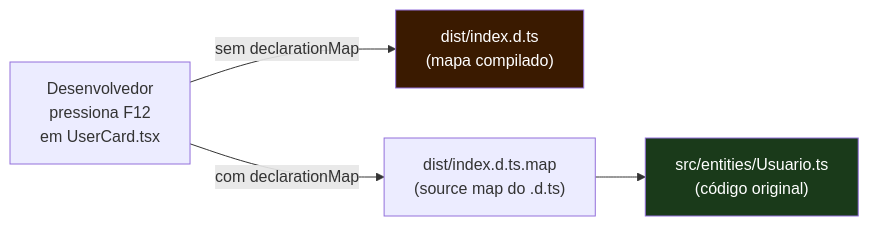
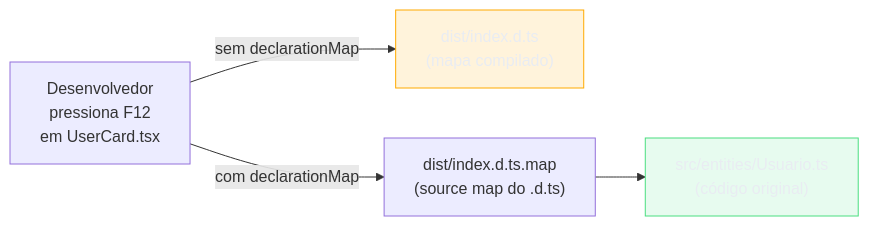
Before and after one commit to josenaldo/codex-technomanticus: the sixth of 6 diagrams in 03-Dominios/Tecnologia/TypeScript/22 - Declaration files (.d.ts) e o ecossistema de tipos.md, drawn with Mermaid. The commit also changed other lines of this file and 1181 other files, not shown here.

First line of the commit message:
fix(diagramas): paleta do sistema no lugar de cor cravada no markdown

````diff
--- a/03-Dominios/Tecnologia/TypeScript/22 - Declaration files (.d.ts) e o ecossistema de tipos.md
+++ b/03-Dominios/Tecnologia/TypeScript/22 - Declaration files (.d.ts) e o ecossistema de tipos.md
@@ -660,13 +667,15 @@
 ```mermaid
 flowchart LR
+    classDef ok fill:#4ADE8021,stroke:#4ADE80,color:#E9ECF2
+    classDef destaque fill:#FFAA0024,stroke:#FFAA00,color:#E9ECF2
     DEV["Desenvolvedor\npressiona F12\nem UserCard.tsx"]
     DTS["dist/index.d.ts\n(mapa compilado)"]
     MAP["dist/index.d.ts.map\n(source map do .d.ts)"]
     SRC["src/entities/Usuario.ts\n(código original)"]
 
     DEV -->|"sem declarationMap"| DTS
     DEV -->|"com declarationMap"| MAP --> SRC
 
-    style SRC fill:#1a3a1a,color:#fff
-    style DTS fill:#3a1a00,color:#fff
+    class SRC ok
+    class DTS destaque
 ```
````
